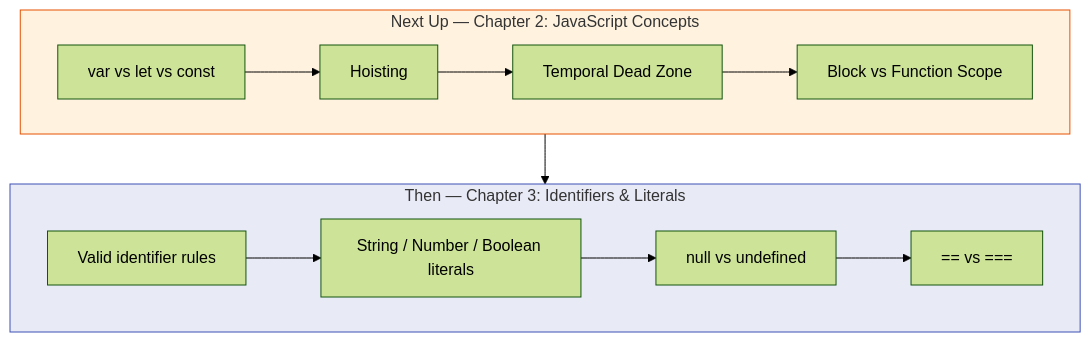
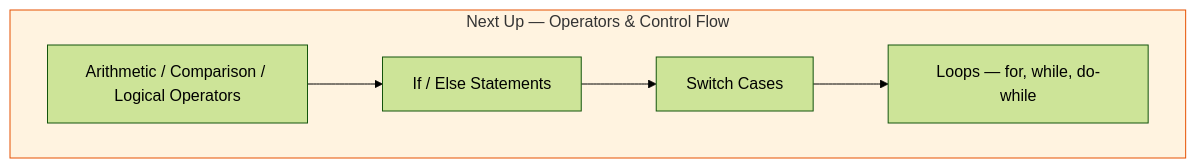
One commit to bikashhere26/LearnPlaywrightBatch2x changed the seventh of 9 diagrams in README.md. Above: the diagram before and after it, drawn with Mermaid (forest theme). The commit also changed other lines of this file and 10 other files, not shown here.

````diff
--- a/README.md
+++ b/README.md
@@ -286,19 +399,10 @@
 ```mermaid
 graph TD
-    subgraph next["Next Up — Chapter 2: JavaScript Concepts"]
-        N1[var vs let vs const] --> N2[Hoisting]
-        N2 --> N3[Temporal Dead Zone]
-        N3 --> N4[Block vs Function Scope]
+    subgraph next["Next Up — Operators & Control Flow"]
+        N1[Arithmetic / Comparison / Logical Operators] --> N2[If / Else Statements]
+        N2 --> N3[Switch Cases]
+        N3 --> N4[Loops — for, while, do-while]
     end
 
-    subgraph then["Then — Chapter 3: Identifiers & Literals"]
-        T1[Valid identifier rules] --> T2[String / Number / Boolean literals]
-        T2 --> T3[null vs undefined]
-        T3 --> T4["== vs ==="]
-    end
-
-    next --> then
-
     style next fill:#fff3e0,stroke:#e65100
-    style then fill:#e8eaf6,stroke:#3f51b5
 ```
````
